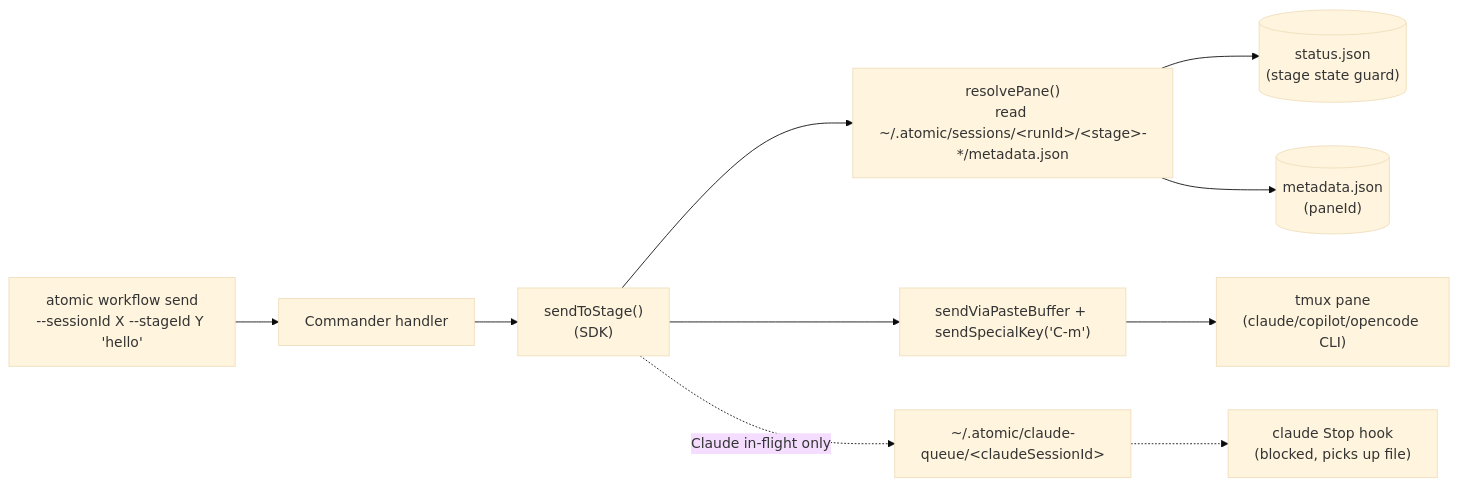
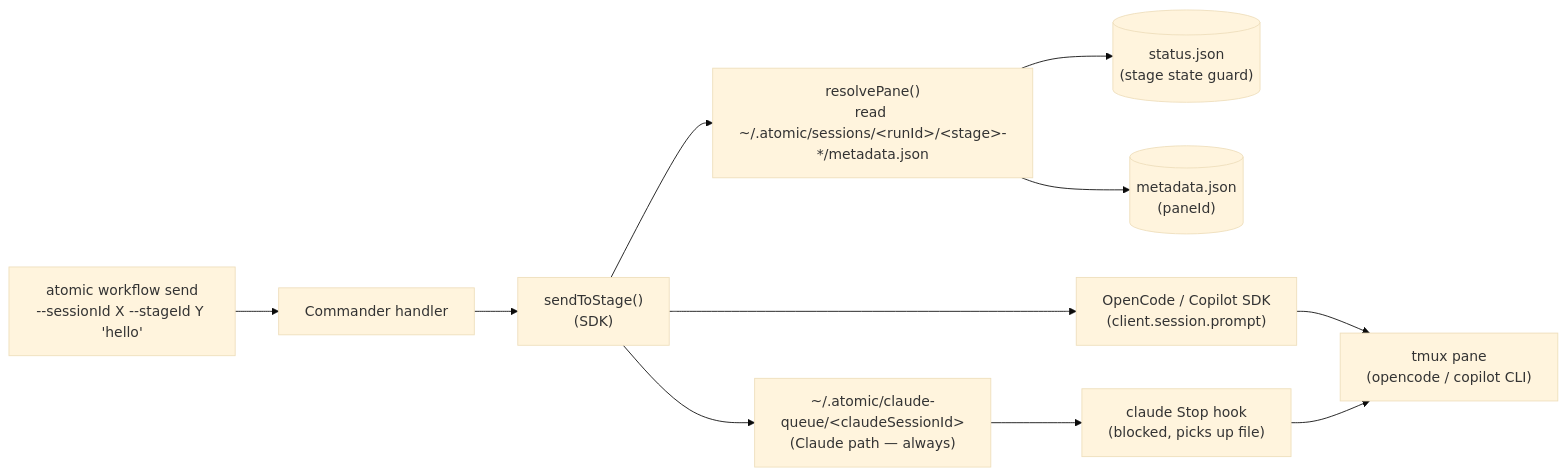
One commit to elefthei/atomic changed the diagram in specs/2026-05-07-atomic-workflow-send-command.md. Above: the diagram before and after it, drawn with Mermaid (base theme). The commit also changed other lines of this file, not shown here.

First line of the commit message:
docs(spec): drop idle-wait, add --queueMessage flag, require skill update

````diff
--- a/specs/2026-05-07-atomic-workflow-send-command.md
+++ b/specs/2026-05-07-atomic-workflow-send-command.md
@@ -55,12 +55,13 @@
 ```mermaid
 flowchart LR
     User["atomic workflow send<br/>--sessionId X --stageId Y 'hello'"] --> CLI[Commander handler]
     CLI --> Primitive["sendToStage()<br/>(SDK)"]
     Primitive --> Resolve["resolvePane()<br/>read ~/.atomic/sessions/&lt;runId&gt;/&lt;stage&gt;-*/metadata.json"]
     Resolve --> Snapshot[("status.json<br/>(stage state guard)")]
     Resolve --> MetaFile[("metadata.json<br/>(paneId)")]
-    Primitive --> Tmux["sendViaPasteBuffer + sendSpecialKey('C-m')"]
-    Tmux --> Pane["tmux pane<br/>(claude/copilot/opencode CLI)"]
-    Primitive -.Claude in-flight only.-> Queue["~/.atomic/claude-queue/&lt;claudeSessionId&gt;"]
-    Queue -.-> Hook["claude Stop hook<br/>(blocked, picks up file)"]
+    Primitive --> ProviderSDK["OpenCode / Copilot SDK<br/>(client.session.prompt)"]
+    Primitive --> Queue["~/.atomic/claude-queue/&lt;claudeSessionId&gt;<br/>(Claude path — always)"]
+    Queue --> Hook["claude Stop hook<br/>(blocked, picks up file)"]
+    ProviderSDK --> Pane["tmux pane<br/>(opencode / copilot CLI)"]
+    Hook --> Pane
 ```
````
